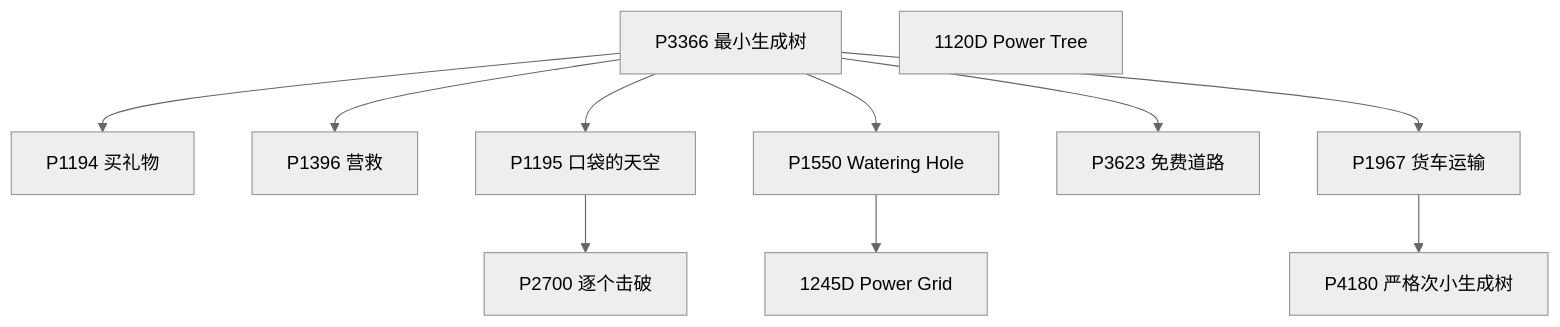
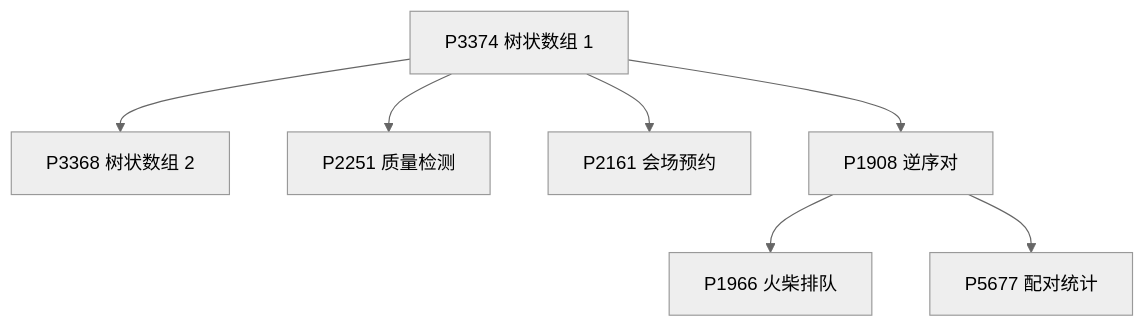
Diagram 16 of 56 in problem-sets/luogu-official-advanced-training.md (rainboyOJ/new_problem_solutions), drawn with Mermaid (neutral theme) before and after one commit. The commit also changed other lines of this file and 3 other files, not shown here.

First line of the commit message:
fix(problem-sets): 前置关系图不再缩字——去孤立节点、按支线拆图、宽图横向滚动

````diff
--- a/problem-sets/luogu-official-advanced-training.md
+++ b/problem-sets/luogu-official-advanced-training.md
@@ -613,24 +455,17 @@
 ```mermaid
 flowchart TD
-  n3366["P3366 最小生成树"]
-  n1194["P1194 买礼物"]
-  n1396["P1396 营救"]
-  n1195["P1195 口袋的天空"]
-  n2700["P2700 逐个击破"]
-  n1550["P1550 Watering Hole"]
-  n1245D["1245D Power Grid"]
-  n3623["P3623 免费道路"]
-  n1967["P1967 货车运输"]
-  n4180["P4180 严格次小生成树"]
-  n1120D["1120D Power Tree"]
+  nP3374["P3374 树状数组 1"]
+  nP3368["P3368 树状数组 2"]
+  nP2251["P2251 质量检测"]
+  nP2161["P2161 会场预约"]
+  nP1908["P1908 逆序对"]
+  nP1966["P1966 火柴排队"]
+  nP5677["P5677 配对统计"]
 
-  n3366 --> n1194
-  n3366 --> n1396
-  n3366 --> n1195
-  n1195 --> n2700
-  n3366 --> n1550
-  n1550 --> n1245D
-  n3366 --> n3623
-  n3366 --> n1967
-  n1967 --> n4180
+  nP3374 --> nP3368
+  nP3374 --> nP2251
+  nP3374 --> nP2161
+  nP3374 --> nP1908
+  nP1908 --> nP1966
+  nP1908 --> nP5677
 ```
````
